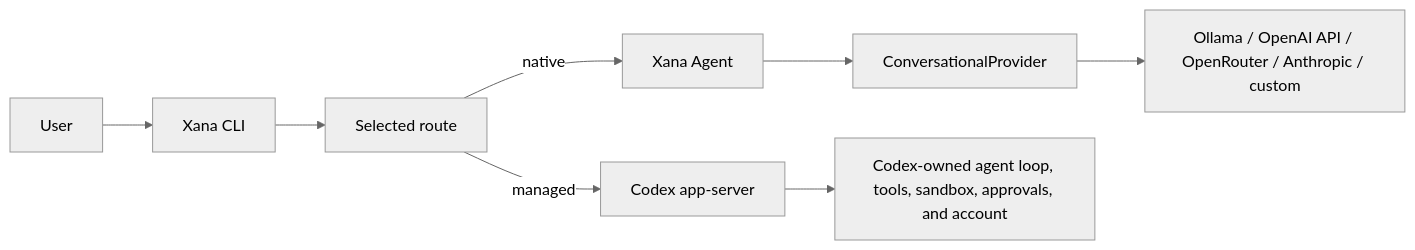
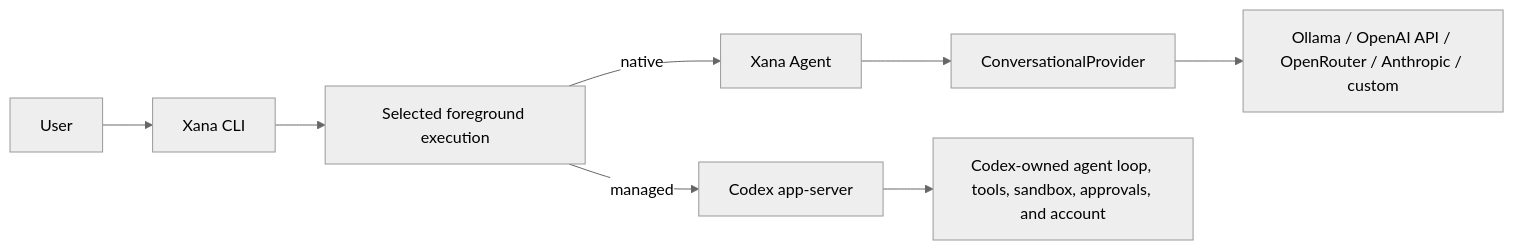
One commit to labcoder/xana changed the first of 4 diagrams in docs/architecture/models-and-managed-runtimes.md. Above: the diagram before and after it, drawn with Mermaid (neutral theme). The commit also changed other lines of this file and 12 other files, not shown here.

````diff
--- a/docs/architecture/models-and-managed-runtimes.md
+++ b/docs/architecture/models-and-managed-runtimes.md
@@ -11,10 +11,10 @@
 ```mermaid
 flowchart LR
     USER["User"] --> CLI["Xana CLI"]
-    CLI --> ROUTE["Selected route"]
-    ROUTE -->|"native"| AGENT["Xana Agent"]
+    CLI --> OWNER["Selected foreground execution"]
+    OWNER -->|"native"| AGENT["Xana Agent"]
     AGENT --> PROVIDER["ConversationalProvider"]
     PROVIDER --> NATIVE["Ollama / OpenAI API / OpenRouter / Anthropic / custom"]
-    ROUTE -->|"managed"| CODEX["Codex app-server"]
+    OWNER -->|"managed"| CODEX["Codex app-server"]
     CODEX --> INNER["Codex-owned agent loop, tools, sandbox, approvals, and account"]
 ```
````
